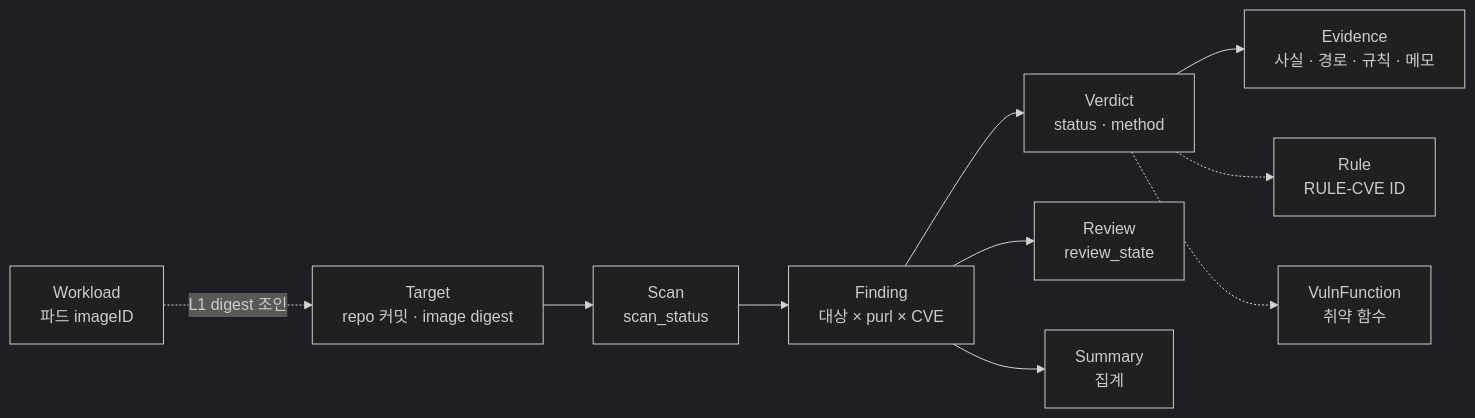
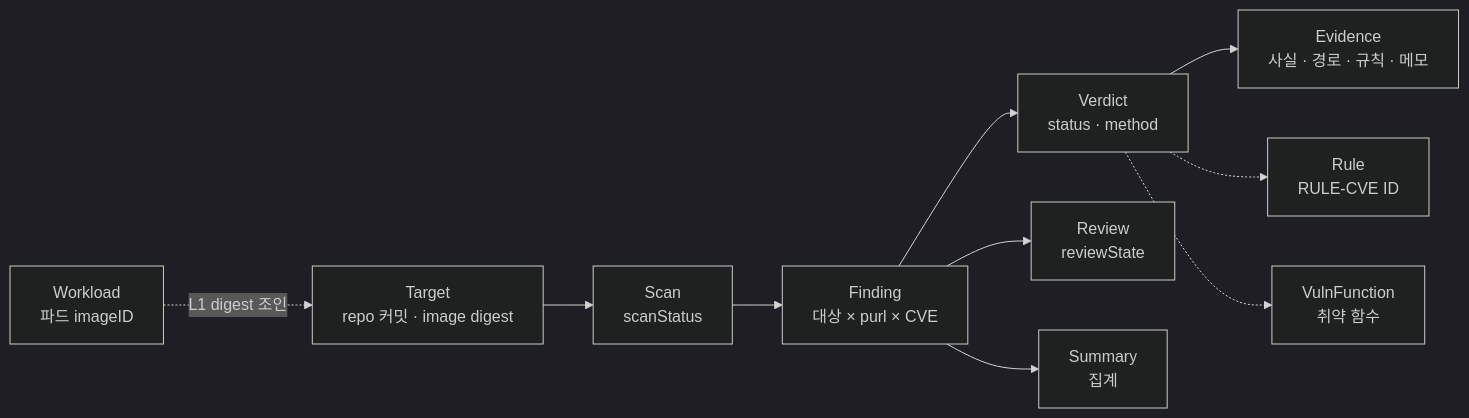
One commit to Logssey/security-solution-docs changed the first of 4 diagrams in reachability-analysis/03-architecture/api-contract.md. Above: the diagram before and after it, drawn with Mermaid (dark theme). The commit also changed other lines of this file and 3 other files, not shown here.

````diff
--- a/reachability-analysis/03-architecture/api-contract.md
+++ b/reachability-analysis/03-architecture/api-contract.md
@@ -222,12 +218,12 @@
 ```mermaid
 flowchart LR
-  T["Target<br>repo 커밋 · image digest"] --> S["Scan<br>scan_status"]
+  T["Target<br>repo 커밋 · image digest"] --> S["Scan<br>scanStatus"]
   S --> F["Finding<br>대상 × purl × CVE"]
   F --> V["Verdict<br>status · method"]
   V --> E["Evidence<br>사실 · 경로 · 규칙 · 메모"]
   V -.-> R["Rule<br>RULE-CVE ID"]
   V -.-> VF["VulnFunction<br>취약 함수"]
-  F --> RV["Review<br>review_state"]
+  F --> RV["Review<br>reviewState"]
   W["Workload<br>파드 imageID"] -.->|"L1 digest 조인"| T
   F --> SU["Summary<br>집계"]
 ```
````
